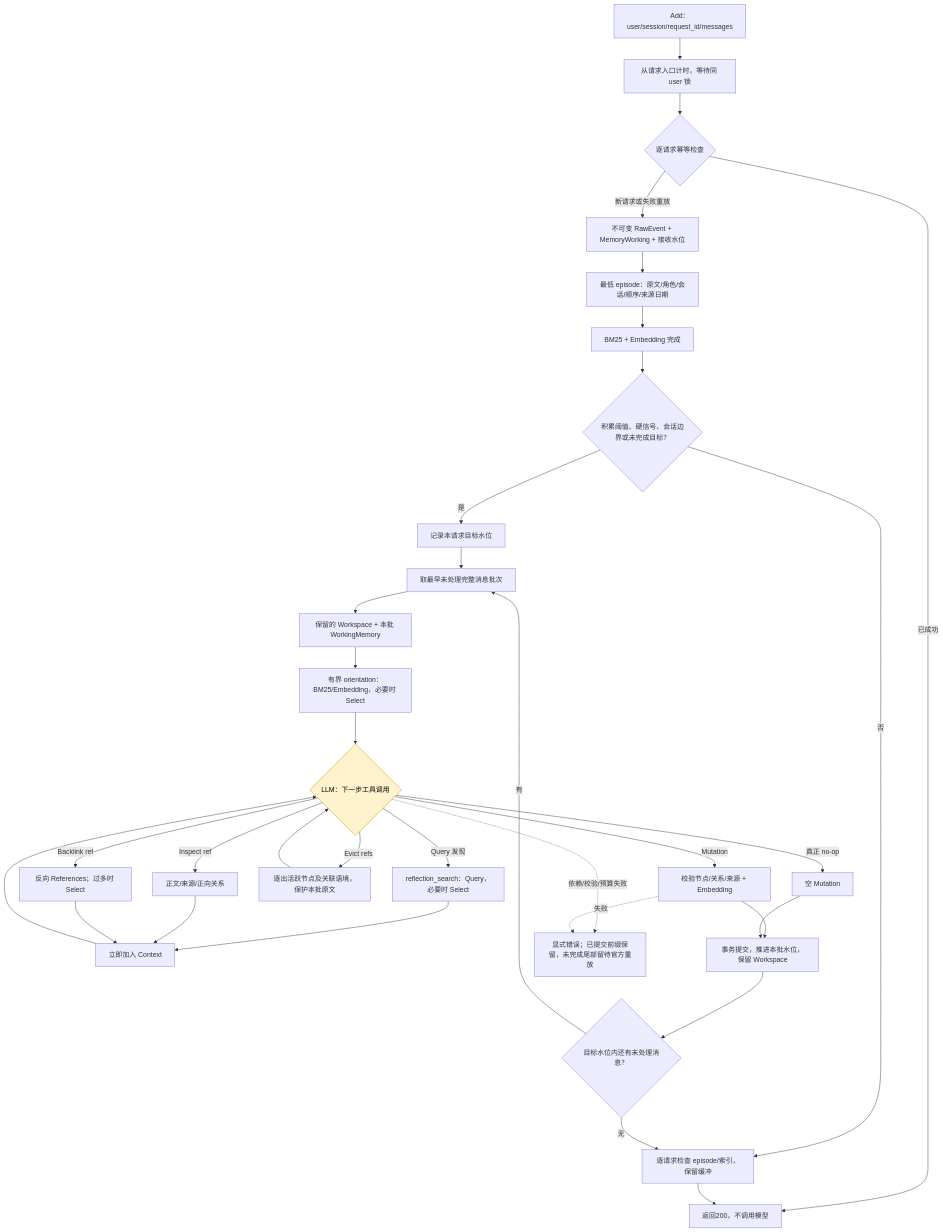
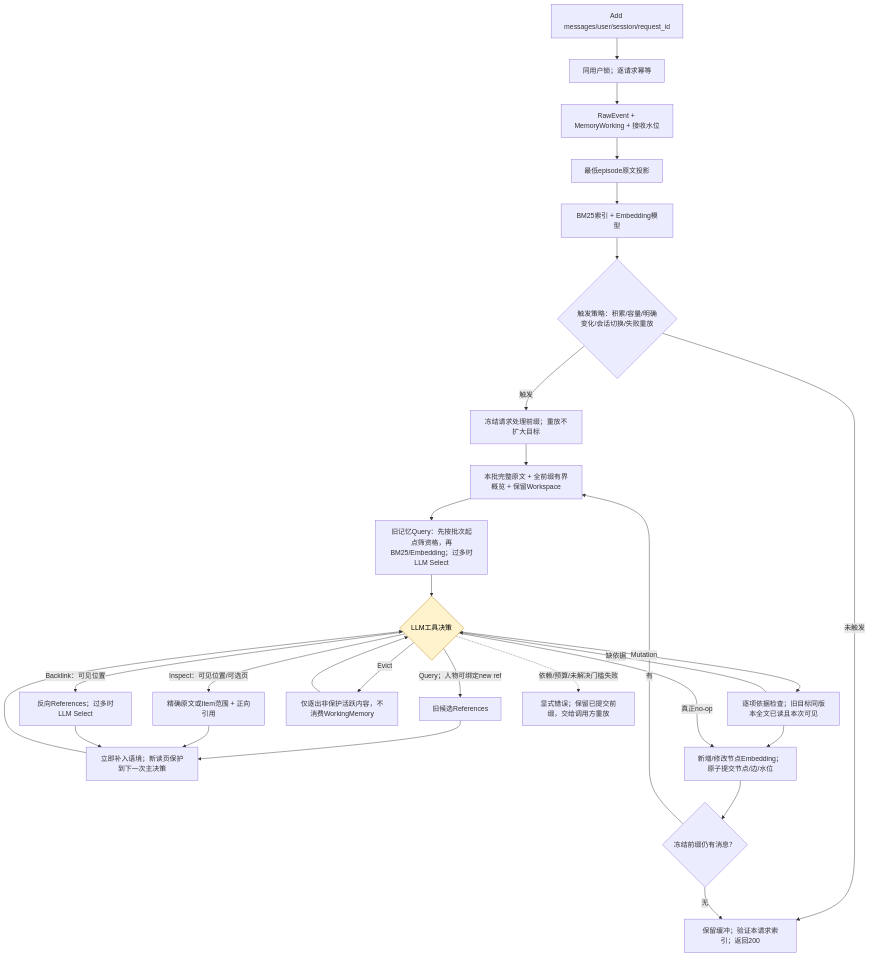
The first of 2 diagrams in DESIGN.md (Graygoo7529/AM-Link), drawn with Mermaid before and after one commit. The commit also changed other lines of this file and 38 other files, not shown here.

Commit message:
feat(memory): 对齐引用披露、路径装箱与 Reflection 依据

````diff
--- a/DESIGN.md
+++ b/DESIGN.md
@@ -32,37 +15,32 @@
 ```mermaid
 flowchart TD
-  A[Add：user/session/request_id/messages] --> B[从请求入口计时，等待同 user 锁]
-  B --> C{逐请求幂等检查}
-  C -->|已成功| Z[返回200，不调用模型]
-  C -->|新请求或失败重放| D[不可变 RawEvent + MemoryWorking + 接收水位]
-  D --> E[最低 episode：原文/角色/会话/顺序/来源日期]
-  E --> F[BM25 + Embedding 完成]
-  F --> G{积累阈值、硬信号、会话边界或未完成目标？}
-  G -->|否| H[逐请求检查 episode/索引，保留缓冲]
-  H --> Z
-  G -->|是| I[记录本请求目标水位]
-  I --> J[取最早未处理完整消息批次]
-  J --> K[保留的 Workspace + 本批 WorkingMemory]
-  K --> O[有界 orientation：BM25/Embedding，必要时 Select]
-  O --> L{LLM：下一步工具调用}
-  L -->|Query 发现| Q[reflection_search：Query，必要时 Select]
-  Q --> K1[立即加入 Context]
-  L -->|Inspect ref| N[正文/来源/正向关系]
-  L -->|Backlink ref| R[反向 References；过多时 Select]
-  N --> K1
-  R --> K1
-  K1 --> L
-  L -->|Evict refs| V[逐出活跃节点及关联语境，保护本批原文]
-  V --> L
-  L -->|Mutation| M[校验节点/关系/来源 + Embedding]
-  L -->|真正 no-op| S[空 Mutation]
-  M --> T[事务提交，推进本批水位，保留 Workspace]
-  S --> T
-  T --> U{目标水位内还有未处理消息？}
-  U -->|有| J
-  U -->|无| H
-  L -.依赖/校验/预算失败.-> X[显式错误；已提交前缀保留，未完成尾部留待官方重放]
-  M -.失败.-> X
-  classDef llm fill:#fff3cd,stroke:#b8860b,color:#000
-  class L llm
+ A[Add messages/user/session/request_id] --> B[同用户锁；逐请求幂等]
+ B --> C[RawEvent + MemoryWorking + 接收水位]
+ C --> D[最低episode原文投影]
+ D --> E[BM25索引 + Embedding模型]
+ E --> F{触发策略：积累/容量/明确变化/会话切换/失败重放}
+ F -->|未触发| Z[保留缓冲；验证本请求索引；返回200]
+ F -->|触发| G[冻结请求处理前缀；重放不扩大目标]
+ G --> H[本批完整原文 + 全前缀有界概览 + 保留Workspace]
+ H --> I[旧记忆Query：先按批次起点筛资格，再BM25/Embedding；过多时LLM Select]
+ I --> J{LLM工具决策}
+ J -->|Query；人物可绑定new ref| Q[旧候选References]
+ J -->|Inspect：可见位置/可选页| R[精确原文或Item范围 + 正向引用]
+ J -->|Backlink：可见位置| K[反向References；过多时LLM Select]
+ Q --> X[立即补入语境；新读页保护到下一次主决策]
+ R --> X
+ K --> X
+ X --> J
+ J -->|Evict| V[仅逐出非保护活跃内容，不消费WorkingMemory]
+ V --> J
+ J -->|Mutation| M[逐项依据检查；旧目标同版本全文已读且本次可见]
+ M --> N[新增/修改节点Embedding；原子提交节点/边/水位]
+ J -->|真正no-op| N
+ N --> O{冻结前缀仍有消息？}
+ O -->|有| H
+ O -->|无| Z
+ M -->|缺依据| J
+ J -.依赖/预算/未解决门槛失败.-> ER[显式错误；保留已提交前缀，交给调用方重放]
+ classDef llm fill:#fff3cd,stroke:#b8860b,color:#000
+ class J llm
 ```
````
